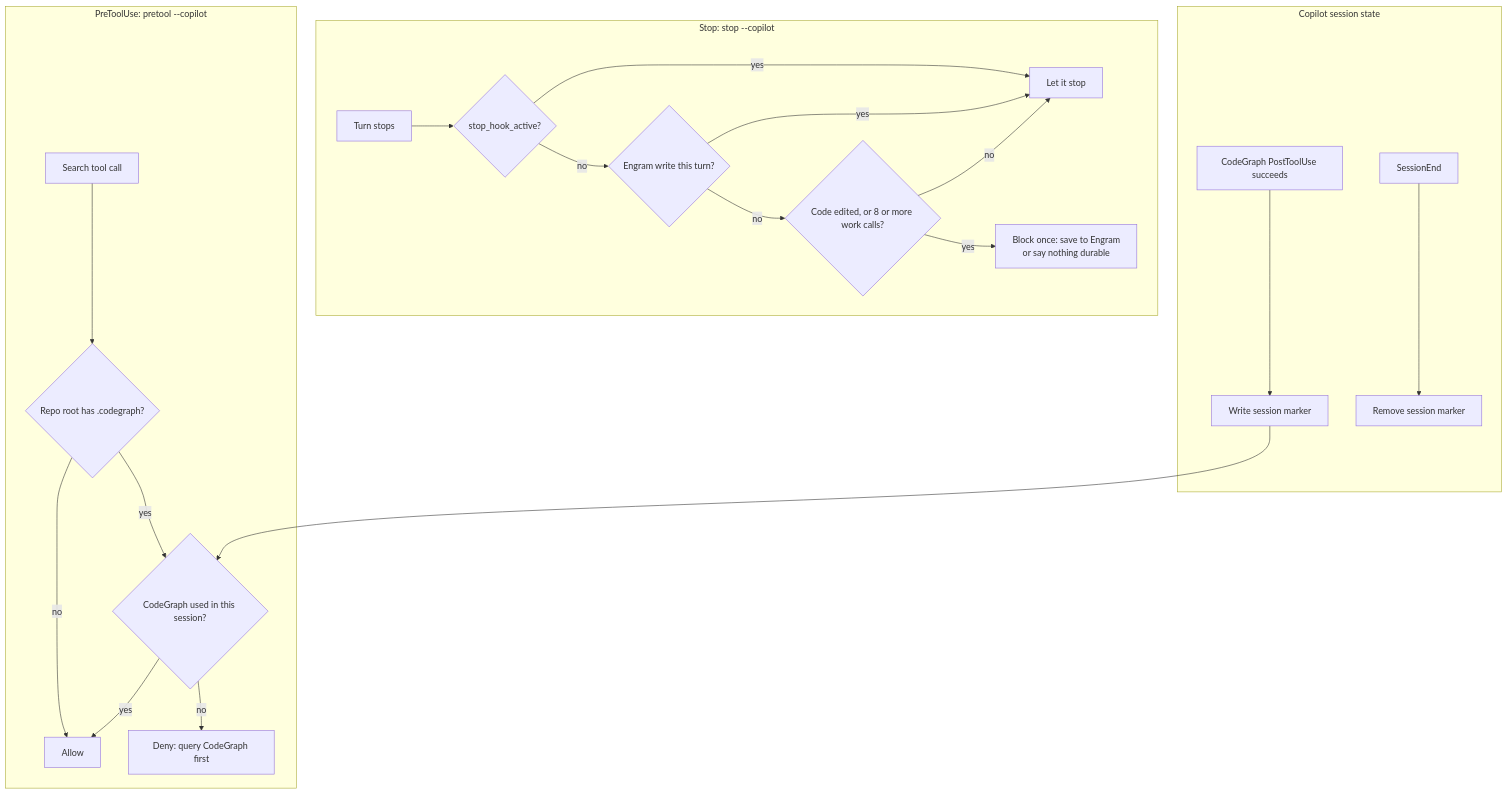
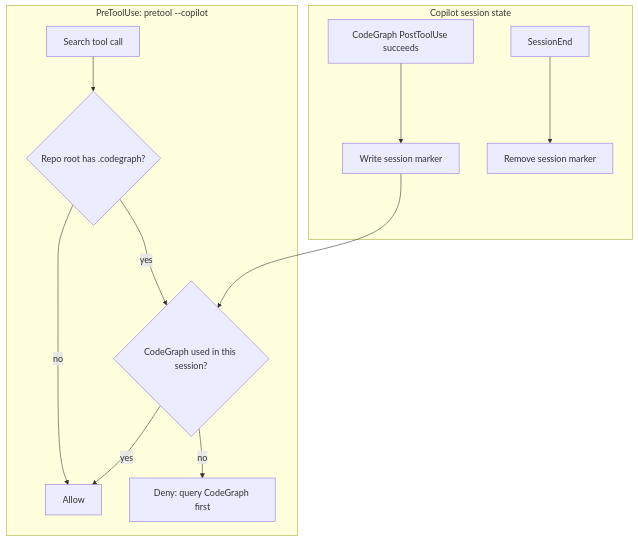
Before and after one commit to sacuadros/agent-harness: the fifth of 7 diagrams in docs/methodology.md, drawn with Mermaid. The commit also changed other lines of this file and 13 other files, not shown here.

First line of the commit message:
perf(harness): drop the memory stop hook and the plain push prompt

````diff
--- a/docs/methodology.md
+++ b/docs/methodology.md
@@ -150,24 +150,15 @@
 ```mermaid
 flowchart TD
-    subgraph stop [Stop: stop --copilot]
-        S1[Turn stops] --> S2{stop_hook_active?}
-        S2 -- yes --> SZ[Let it stop]
-        S2 -- no --> S3{Engram write this turn?}
-        S3 -- yes --> SZ
-        S3 -- no --> S4{Code edited, or 8 or more work calls?}
-        S4 -- no --> SZ
-        S4 -- yes --> S5[Block once: save to Engram<br/>or say nothing durable]
-    end
     subgraph pre [PreToolUse: pretool --copilot]
         P1[Search tool call] --> P2{Repo root has .codegraph?}
         P2 -- no --> PZ[Allow]
         P2 -- yes --> P3{CodeGraph used in this session?}
         P3 -- yes --> PZ
         P3 -- no --> P4[Deny: query CodeGraph first]
     end
     subgraph state [Copilot session state]
         T1[CodeGraph PostToolUse succeeds] --> T2[Write session marker]
         T2 --> P3
         E1[SessionEnd] --> E2[Remove session marker]
     end
 ```
````
